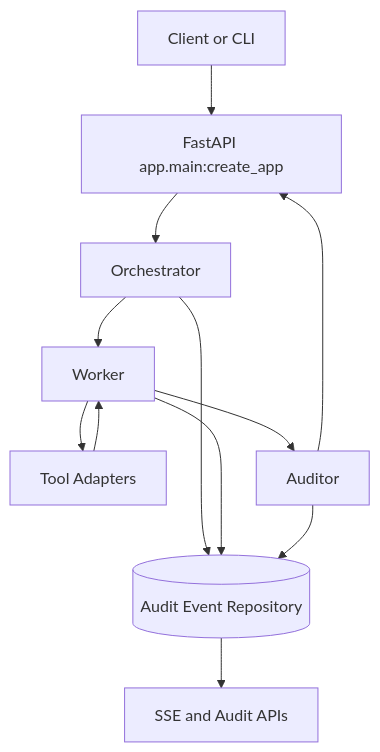
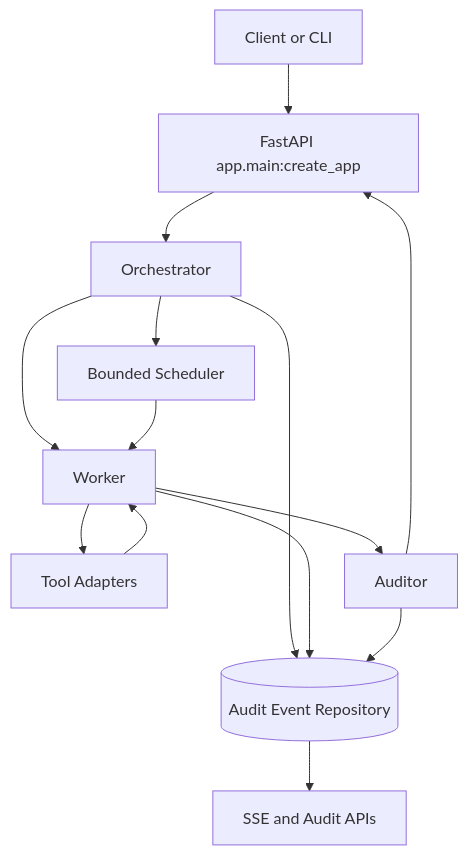
One commit to Personal1ty/TRIADA changed the diagram in ARCHITECTURE.md. Above: the diagram before and after it, drawn with Mermaid. The commit also changed other lines of this file and 24 other files, not shown here.

````diff
--- a/ARCHITECTURE.md
+++ b/ARCHITECTURE.md
@@ -7,14 +7,16 @@
 ```mermaid
 flowchart TD
     Client[Client or CLI] --> API[FastAPI app.main:create_app]
     API --> Orchestrator[Orchestrator]
     Orchestrator --> Worker[Worker]
+    Orchestrator --> Scheduler[Bounded Scheduler]
+    Scheduler --> Worker
     Worker --> Tools[Tool Adapters]
     Tools --> Worker
     Worker --> Auditor[Auditor]
     Auditor --> API
     Orchestrator --> AuditLog[(Audit Event Repository)]
     Worker --> AuditLog
     Auditor --> AuditLog
     AuditLog --> SSE[SSE and Audit APIs]
 ```
````
